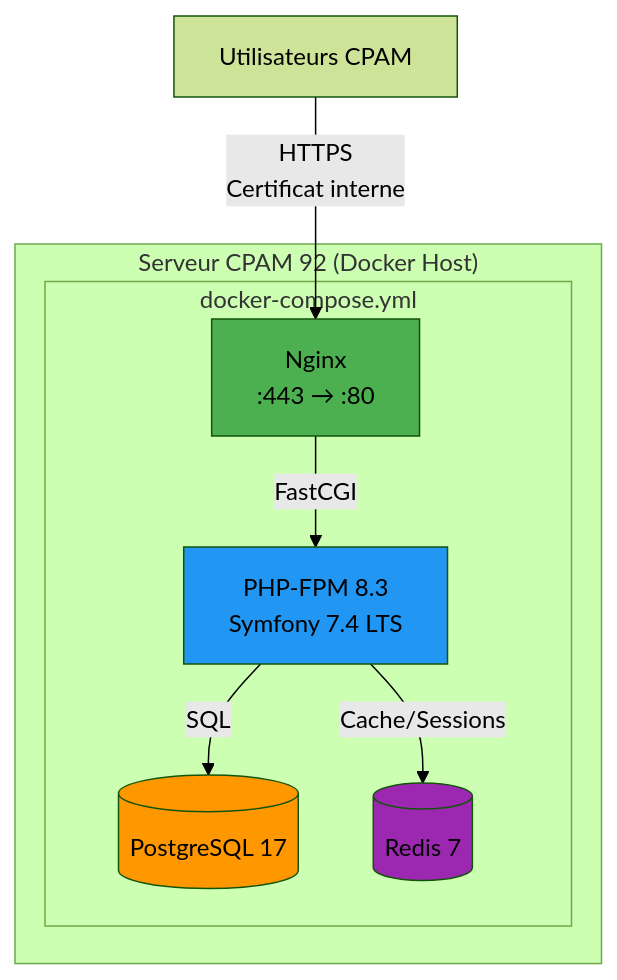
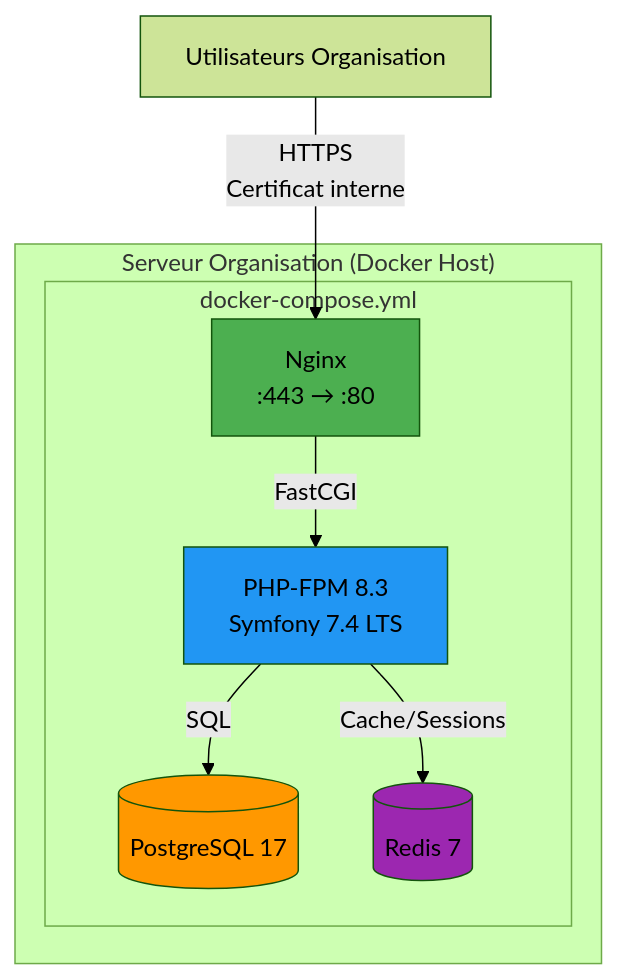
One commit to ElegAlex/OPSTRACKER changed the sixth of 6 diagrams in CADRAGE/P4.2 - Architecture Technique & NFR.md. Above: the diagram before and after it, drawn with Mermaid (forest theme). The commit also changed other lines of this file and 47 other files, not shown here.

````diff
--- a/CADRAGE/P4.2 - Architecture Technique & NFR.md
+++ b/CADRAGE/P4.2 - Architecture Technique & NFR.md
@@ -800,22 +800,22 @@
 ```mermaid
 graph TB
-    subgraph "Serveur CPAM 92 (Docker Host)"
+    subgraph "Serveur Organisation (Docker Host)"
         subgraph "docker-compose.yml"
             nginx[Nginx<br/>:443 → :80]
             app[PHP-FPM 8.3<br/>Symfony 7.4 LTS]
             postgres[(PostgreSQL 17)]
             redis[(Redis 7)]
         end
         
         nginx -->|FastCGI| app
         app -->|SQL| postgres
         app -->|Cache/Sessions| redis
     end
     
-    user[Utilisateurs CPAM] -->|HTTPS<br/>Certificat interne| nginx
+    user[Utilisateurs Organisation] -->|HTTPS<br/>Certificat interne| nginx
     
     style nginx fill:#4CAF50
     style app fill:#2196F3
     style postgres fill:#FF9800
     style redis fill:#9C27B0
 ```
````
